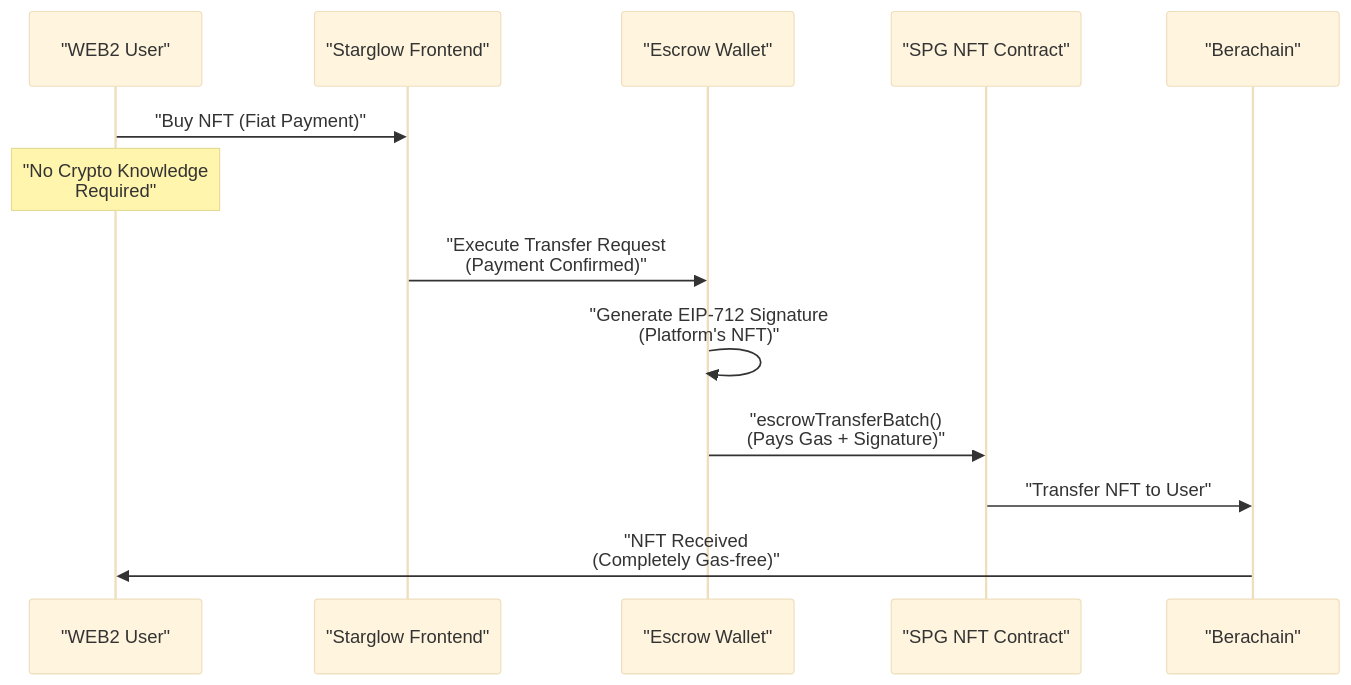
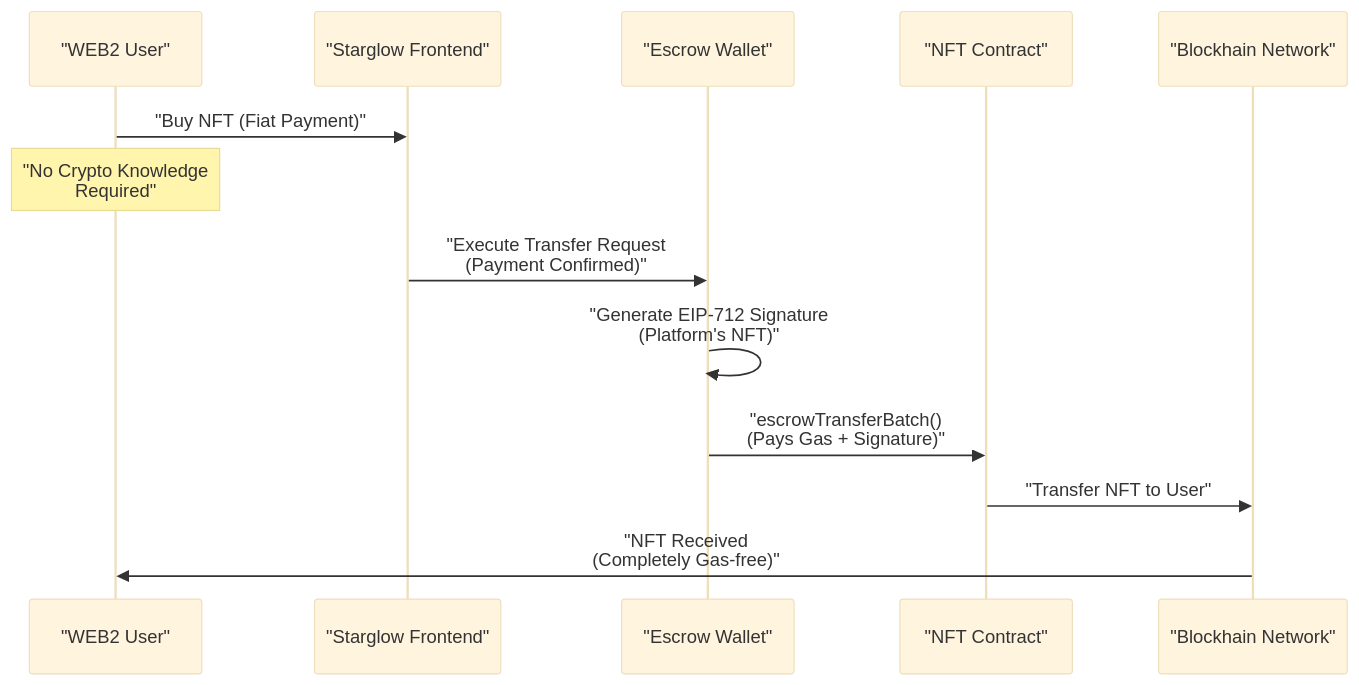
One commit to rs-ent/starglow changed the first of 3 diagrams in Detailed Explanation on Technology Architecture.md. Above: the diagram before and after it, drawn with Mermaid (base theme). The commit also changed other lines of this file, not shown here.

Commit message:
Update Detailed Explanation on Technology Architecture.md

````diff
--- a/Detailed Explanation on Technology Architecture.md
+++ b/Detailed Explanation on Technology Architecture.md
@@ -124,19 +124,19 @@
 ```mermaid
 sequenceDiagram
     participant WEB2_User as "WEB2 User"
     participant Frontend as "Starglow Frontend"
     participant EscrowWallet as "Escrow Wallet"
-    participant NFTContract as "SPG NFT Contract"
-    participant Blockchain as "Berachain"
+    participant NFTContract as "NFT Contract"
+    participant Blockchain as "Blockhain Network"
 
     WEB2_User->>Frontend: "Buy NFT (Fiat Payment)"
     Note over WEB2_User: "No Crypto Knowledge<br/>Required"
 
     Frontend->>EscrowWallet: "Execute Transfer Request<br/>(Payment Confirmed)"
     EscrowWallet->>EscrowWallet: "Generate EIP-712 Signature<br/>(Platform's NFT)"
 
     EscrowWallet->>NFTContract: "escrowTransferBatch()<br/>(Pays Gas + Signature)"
     NFTContract->>Blockchain: "Transfer NFT to User"
 
     Blockchain->>WEB2_User: "NFT Received<br/>(Completely Gas-free)"
 ```
````
